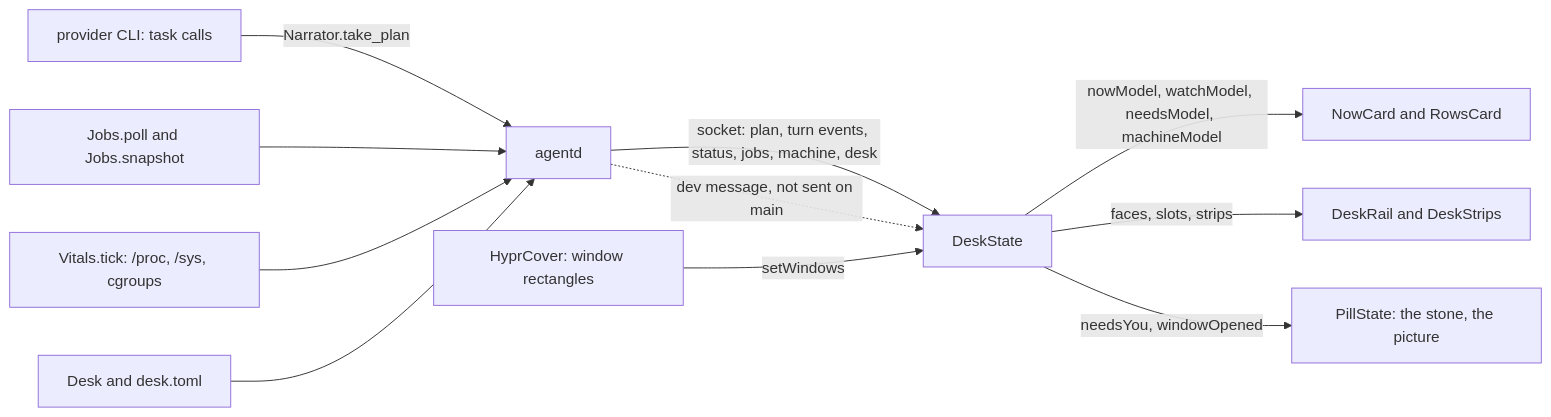
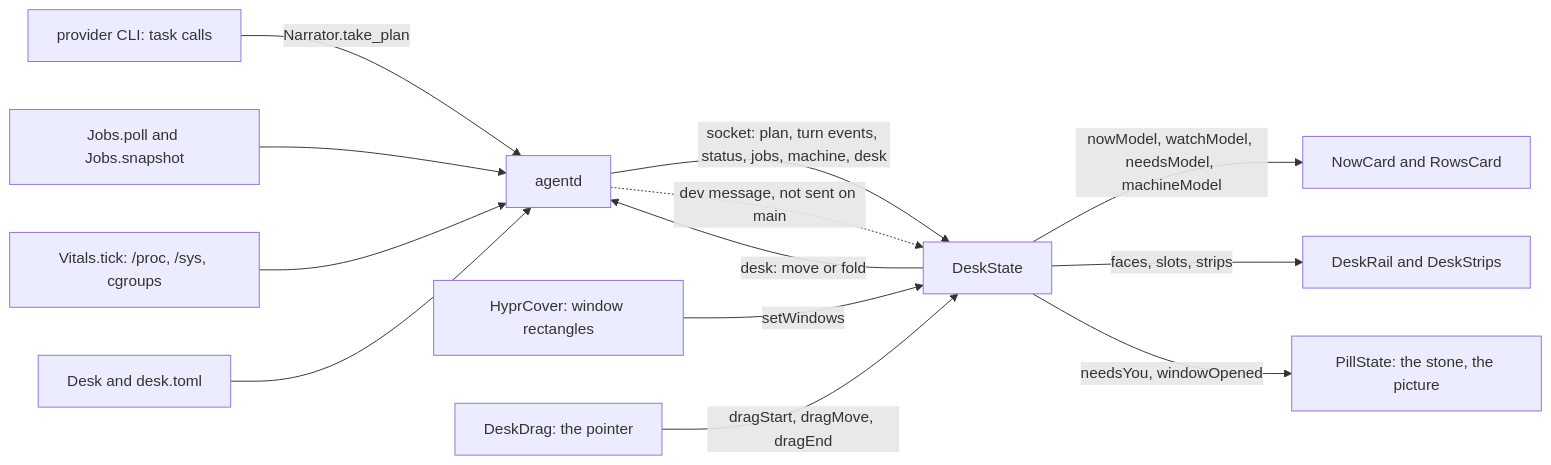
The first of 5 diagrams in docs/architecture/desk.md (thedefaultman/Bombadil), drawn with Mermaid before and after one commit. The commit also changed other lines of this file and 31 other files, not shown here.

````diff
--- a/docs/architecture/desk.md
+++ b/docs/architecture/desk.md
@@ -14,13 +14,15 @@
 ```mermaid
 flowchart LR
     CLI["provider CLI: task calls"] -->|"Narrator.take_plan"| AGD["agentd"]
     JOBS["Jobs.poll and Jobs.snapshot"] --> AGD
     VIT["Vitals.tick: /proc, /sys, cgroups"] --> AGD
     DESKPY["Desk and desk.toml"] --> AGD
     AGD -->|"socket: plan, turn events, status, jobs, machine, desk"| DS["DeskState"]
     AGD -.->|"dev message, not sent on main"| DS
     COVER["HyprCover: window rectangles"] -->|"setWindows"| DS
+    GRIP["DeskDrag: the pointer"] -->|"dragStart, dragMove, dragEnd"| DS
+    DS -->|"desk: move or fold"| AGD
     DS -->|"nowModel, watchModel, needsModel, machineModel"| CARDS["NowCard and RowsCard"]
     DS -->|"faces, slots, strips"| DRAW["DeskRail and DeskStrips"]
     DS -->|"needsYou, windowOpened"| PILL["PillState: the stone, the picture"]
 ```
````
